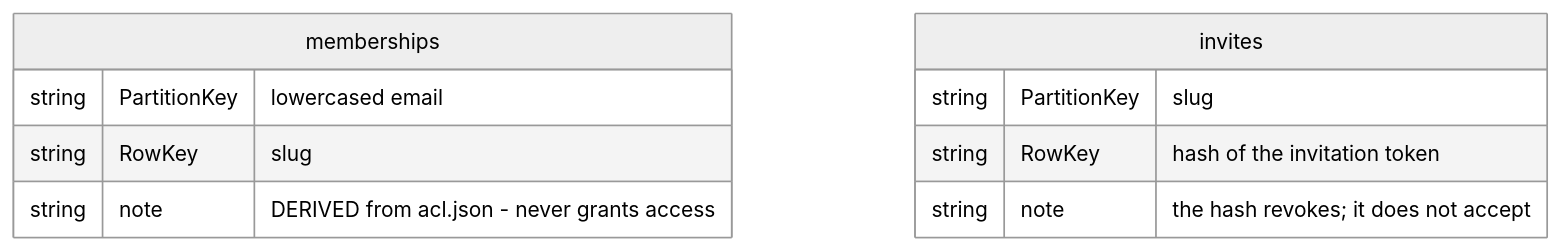
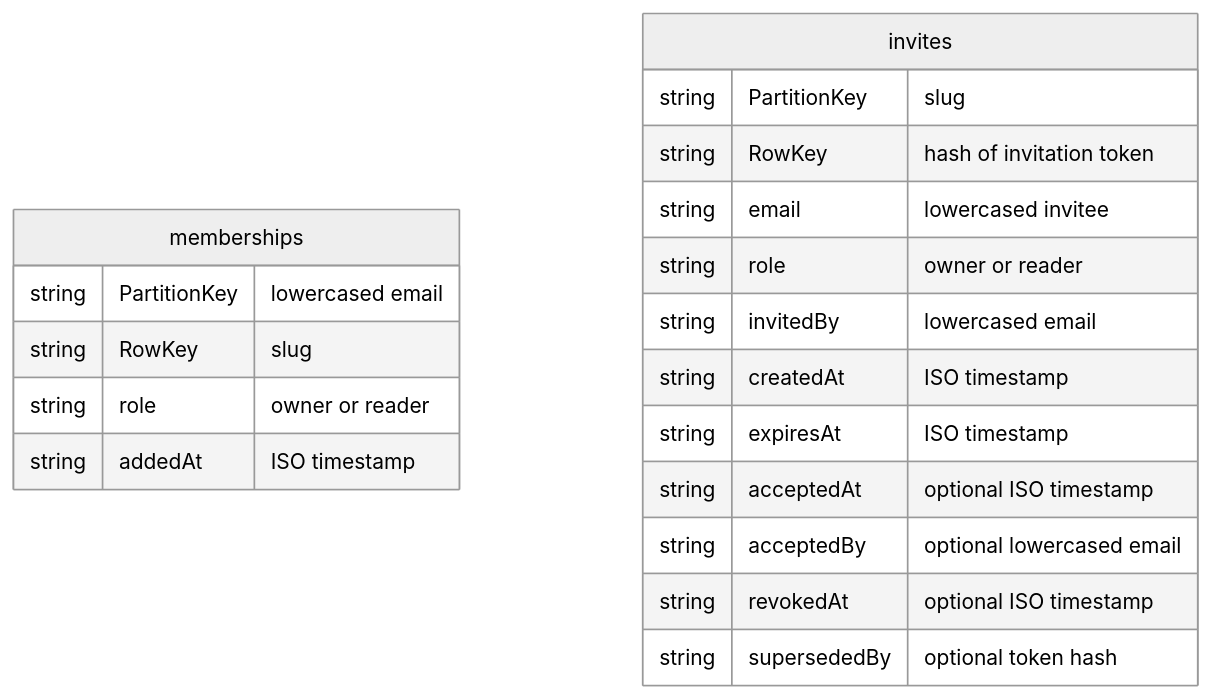
The ninth of 18 diagrams in docs/architecture.md (kurtzeborn/mission-journal), drawn with Mermaid (neutral theme) before and after one commit. The commit also changed other lines of this file, not shown here.

First line of the commit message:
Clarify table architecture diagrams

````diff
--- a/docs/architecture.md
+++ b/docs/architecture.md
@@ -191,13 +225,22 @@
 ```mermaid
 erDiagram
     memberships {
         string PartitionKey "lowercased email"
         string RowKey "slug"
-        string note "DERIVED from acl.json - never grants access"
+        string role "owner or reader"
+        string addedAt "ISO timestamp"
     }
     invites {
         string PartitionKey "slug"
-        string RowKey "hash of the invitation token"
-        string note "the hash revokes; it does not accept"
+        string RowKey "hash of invitation token"
+        string email "lowercased invitee"
+        string role "owner or reader"
+        string invitedBy "lowercased email"
+        string createdAt "ISO timestamp"
+        string expiresAt "ISO timestamp"
+        string acceptedAt "optional ISO timestamp"
+        string acceptedBy "optional lowercased email"
+        string revokedAt "optional ISO timestamp"
+        string supersededBy "optional token hash"
     }
 ```
````
